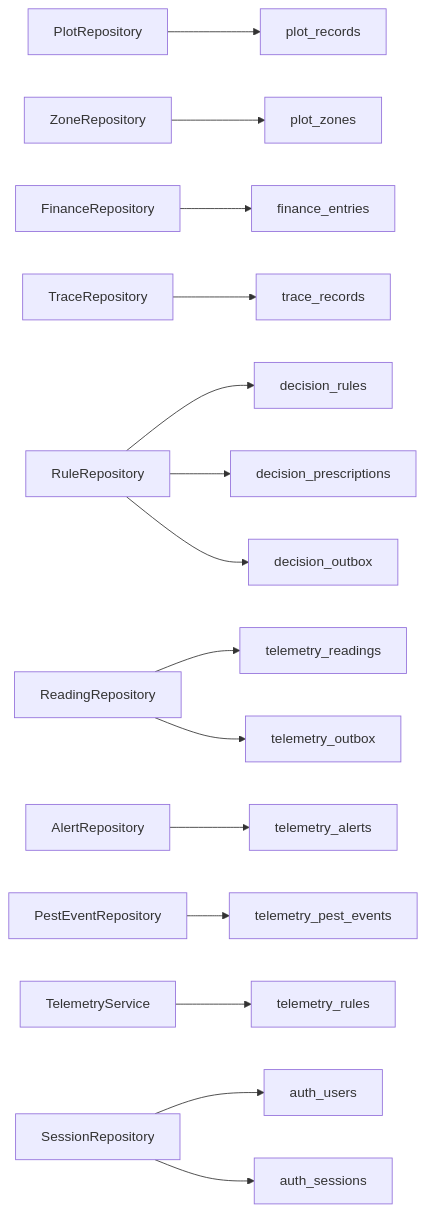
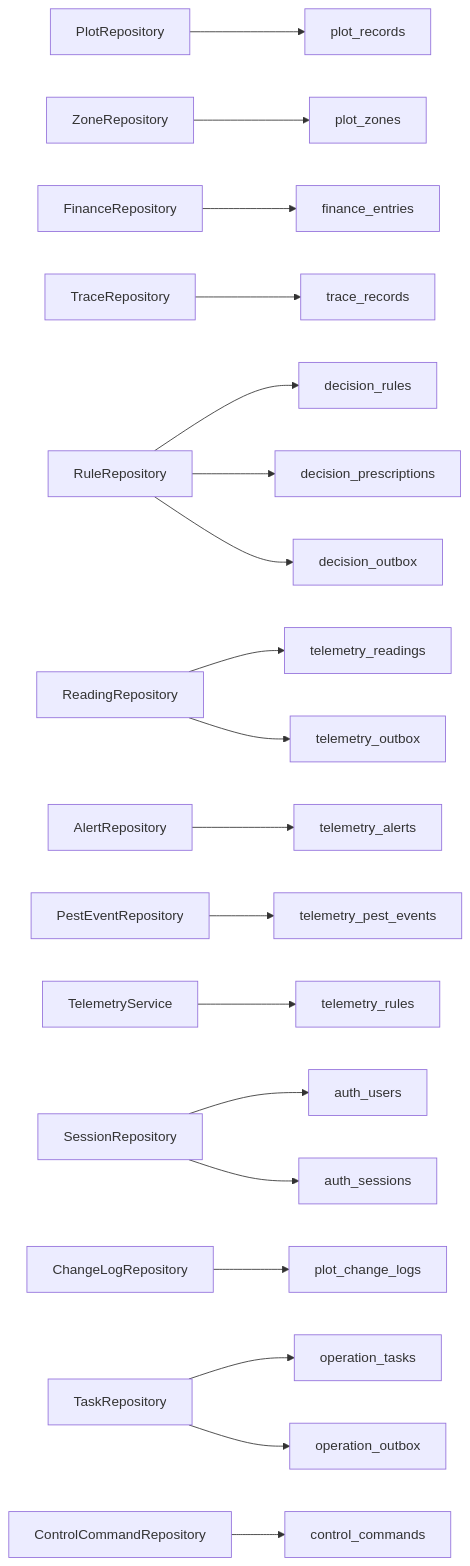
One commit to q446328246/agri-platform changed diagram 15 of 19 in .qoder/repowiki/zh/content/数据库设计/数据库设计.md. Above: the diagram before and after it, drawn with Mermaid. The commit also changed other lines of this file and 52 other files, not shown here.

````diff
--- a/.qoder/repowiki/zh/content/数据库设计/数据库设计.md
+++ b/.qoder/repowiki/zh/content/数据库设计/数据库设计.md
@@ -702,17 +1127,21 @@
 ```mermaid
 graph LR
 PR["PlotRepository"] --> T1["plot_records"]
 ZR["ZoneRepository"] --> T15["plot_zones"]
 FR["FinanceRepository"] --> T2["finance_entries"]
 TR["TraceRepository"] --> T3["trace_records"]
 RR["RuleRepository"] --> T4["decision_rules"]
 RR --> T5["decision_prescriptions"]
 RR --> T8["decision_outbox"]
 RL["ReadingRepository"] --> T6["telemetry_readings"]
 AL["AlertRepository"] --> T7["telemetry_alerts"]
 RL --> T9["telemetry_outbox"]
 PE["PestEventRepository"] --> T13["telemetry_pest_events"]
 TRU["TelemetryService"] --> T12["telemetry_rules"]
 SR["SessionRepository"] --> T10["auth_users"]
 SR --> T11["auth_sessions"]
+CLR["ChangeLogRepository"] --> T16["plot_change_logs"]
+TSR["TaskRepository"] --> T17["operation_tasks"]
+TSR --> T18["operation_outbox"]
+CCR["ControlCommandRepository"] --> T19["control_commands"]
 ```
````
